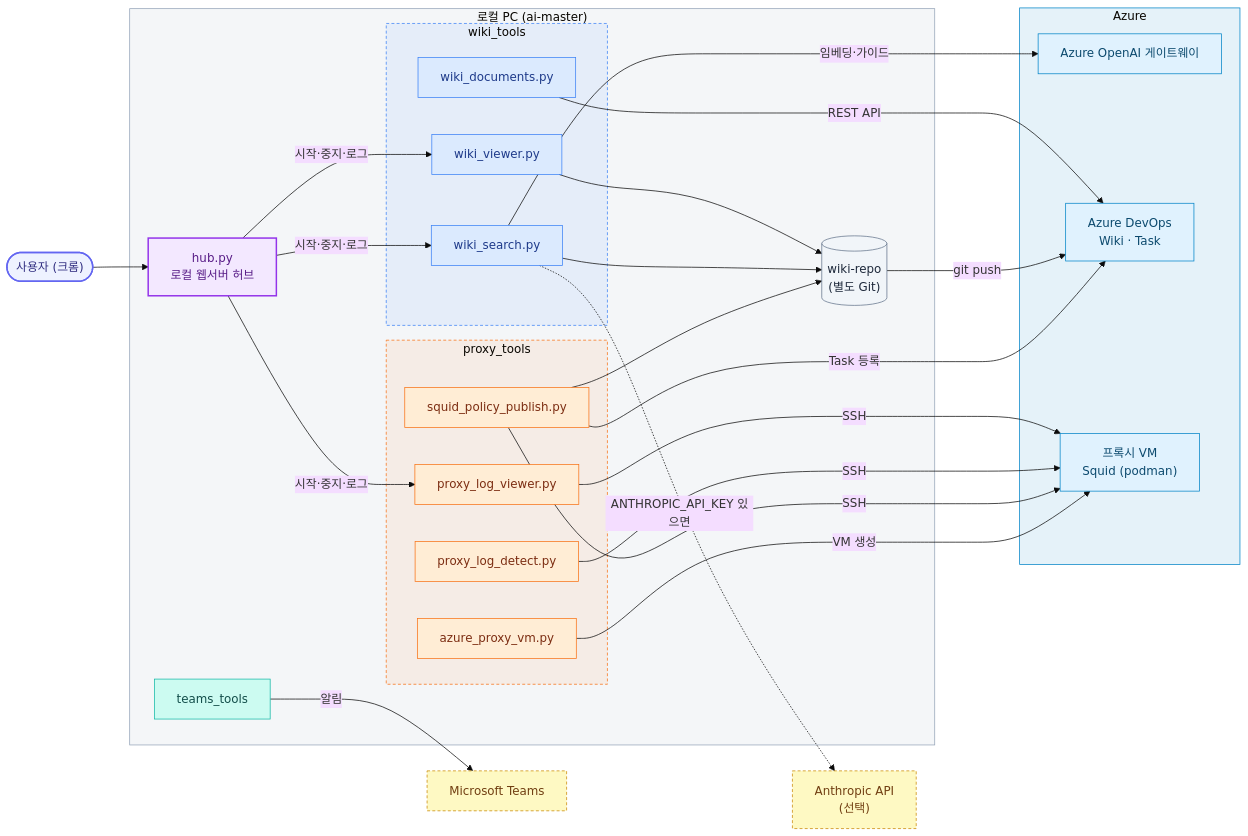
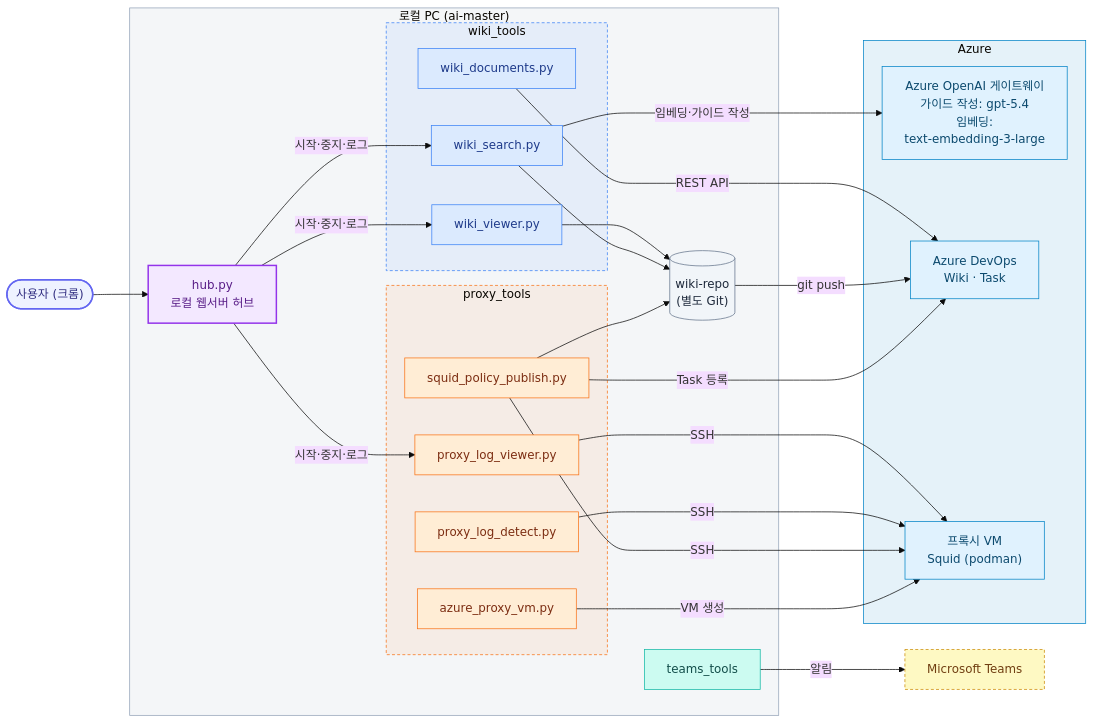
The first of 6 diagrams in README.md (pcmola/ai-master), drawn with Mermaid (base theme) before and after one commit. The commit also changed other lines of this file and 1 other file, not shown here.

````diff
--- a/README.md
+++ b/README.md
@@ -19,63 +19,61 @@
 ```mermaid
 flowchart LR
     user(["사용자 (크롬)"])
 
     subgraph local["로컬 PC (ai-master)"]
         hub["hub.py<br/>로컬 웹서버 허브"]
         subgraph wiki_tools
             viewer["wiki_viewer.py"]
             search["wiki_search.py"]
             docs["wiki_documents.py"]
         end
         subgraph proxy_tools
             logviewer["proxy_log_viewer.py"]
             detect["proxy_log_detect.py"]
             publish["squid_policy_publish.py"]
             vmtool["azure_proxy_vm.py"]
         end
         teams["teams_tools"]
         repo[("wiki-repo<br/>(별도 Git)")]
     end
 
     subgraph azure["Azure"]
-        openai["Azure OpenAI 게이트웨이"]
+        openai["Azure OpenAI 게이트웨이<br/>가이드 작성: gpt-5.4<br/>임베딩:<br/>text-embedding-3-large"]
         devops["Azure DevOps<br/>Wiki · Task"]
         vm["프록시 VM<br/>Squid (podman)"]
     end
-    anthropic["Anthropic API<br/>(선택)"]
     msteams["Microsoft Teams"]
 
     user --> hub
     hub -- "시작·중지·로그" --> viewer & search & logviewer
     viewer & search --> repo
-    search -- "임베딩·가이드" --> openai
-    search -. "ANTHROPIC_API_KEY 있으면" .-> anthropic
+    search -- "임베딩·가이드 작성" --> openai
     docs -- "REST API" --> devops
     repo -- "git push" --> devops
     logviewer & detect & publish -- "SSH" --> vm
     publish -- "Task 등록" --> devops
     publish --> repo
     vmtool -- "VM 생성" --> vm
     teams -- "알림" --> msteams
 
     classDef user fill:#EEF2FF,stroke:#6366F1,stroke-width:2px,color:#312E81
     classDef hub fill:#F3E8FF,stroke:#9333EA,stroke-width:2px,color:#581C87
     classDef wiki fill:#DBEAFE,stroke:#3B82F6,color:#1E3A8A
     classDef proxy fill:#FFEDD5,stroke:#F97316,color:#7C2D12
     classDef teams fill:#CCFBF1,stroke:#14B8A6,color:#134E4A
     classDef store fill:#F1F5F9,stroke:#64748B,color:#1E293B
     classDef cloud fill:#E0F2FE,stroke:#0284C7,color:#0C4A6E
     classDef ext fill:#FEF9C3,stroke:#CA8A04,stroke-dasharray:4 3,color:#713F12
     class user user
     class hub hub
     class viewer,search,docs wiki
     class logviewer,detect,publish,vmtool proxy
     class teams teams
     class repo store
     class openai,devops,vm cloud
-    class anthropic,msteams ext
+    class msteams ext
     style local fill:#94A3B81A,stroke:#94A3B8
     style wiki_tools fill:#3B82F614,stroke:#3B82F6,stroke-dasharray:4 3
     style proxy_tools fill:#F9731614,stroke:#F97316,stroke-dasharray:4 3
     style azure fill:#0284C71A,stroke:#0284C7
 ```
````
